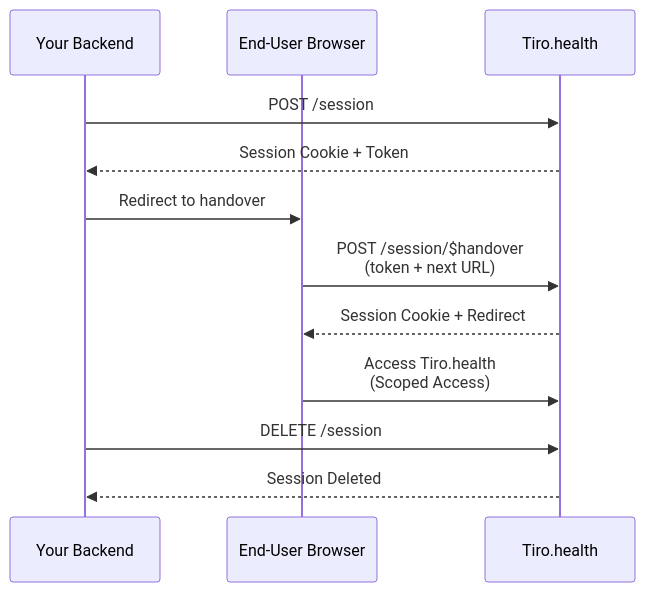
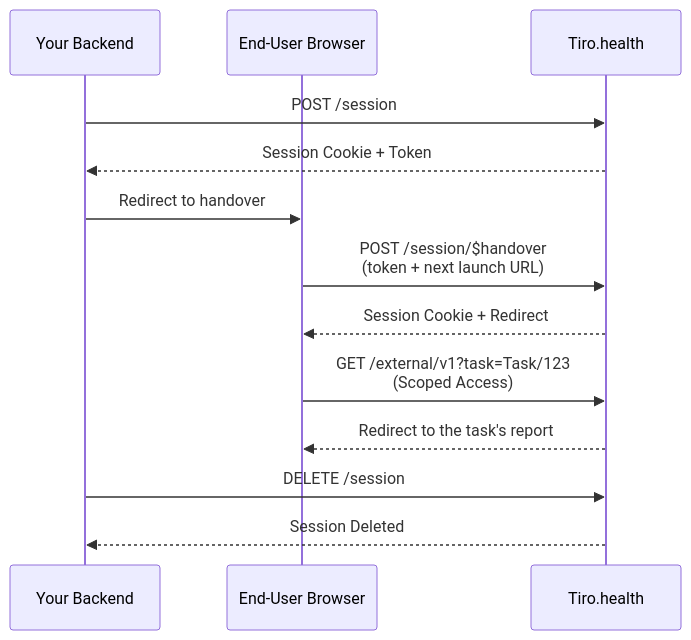
Before and after one commit to Tiro-health/atticus-docs: the diagram in src/app/api/session-management/page.mdx, drawn with Mermaid. The commit also changed other lines of this file and 4 other files, not shown here.

First line of the commit message:
docs: launch reports via /external/v1 instead of internal app routes

````diff
--- a/src/app/api/session-management/page.mdx
+++ b/src/app/api/session-management/page.mdx
@@ -53,15 +54,16 @@
 ```mermaid
 sequenceDiagram
     participant Backend as Your Backend
     participant Browser as End-User Browser
     participant Tiro as Tiro.health
 
     Backend->>Tiro: POST /session
     Tiro-->>Backend: Session Cookie + Token
     Backend->>Browser: Redirect to handover
-    Browser->>Tiro: POST /session/$handover<br/>(token + next URL)
+    Browser->>Tiro: POST /session/$handover<br/>(token + next launch URL)
     Tiro-->>Browser: Session Cookie + Redirect
-    Browser->>Tiro: Access Tiro.health<br/>(Scoped Access)
+    Browser->>Tiro: GET /external/v1?task=Task/123<br/>(Scoped Access)
+    Tiro-->>Browser: Redirect to the task's report
     Backend->>Tiro: DELETE /session
     Tiro-->>Backend: Session Deleted
 ```
````
